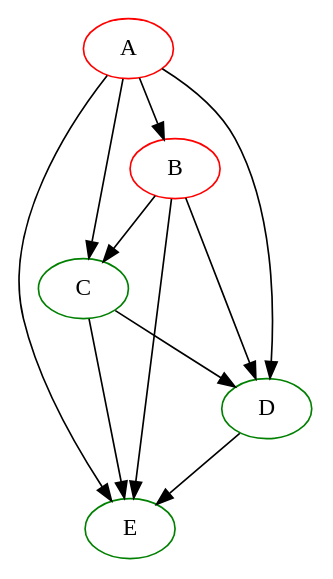
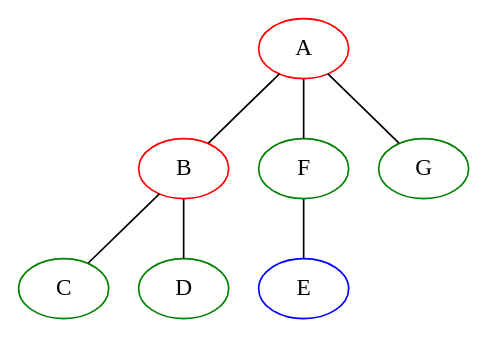
The diagram in TP2/img/visu2.ps.dot (basaile92/Graphes_ARO), drawn with Graphviz before and after one commit. The commit also changed 45 other files, not shown here.

```diff
--- a/TP2/img/visu2.ps.dot
+++ b/TP2/img/visu2.ps.dot
@@ -1,17 +1,15 @@
-digraph {
+graph {
 A [color=red]
 B [color=red]
 C [color=green]
 D [color=green]
-E [color=green]
- A -> B
- A -> C
- A -> D
- A -> E
- B -> C
- B -> D
- B -> E
- C -> D
- C -> E
- D -> E
+E [color=blue]
+F [color=green]
+G [color=green]
+ A -- B
+ B -- C
+ B -- D
+ A -- F
+ A -- G
+ F -- E
 }
```
